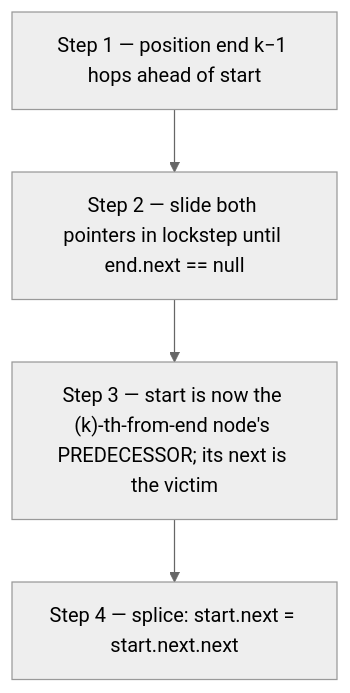
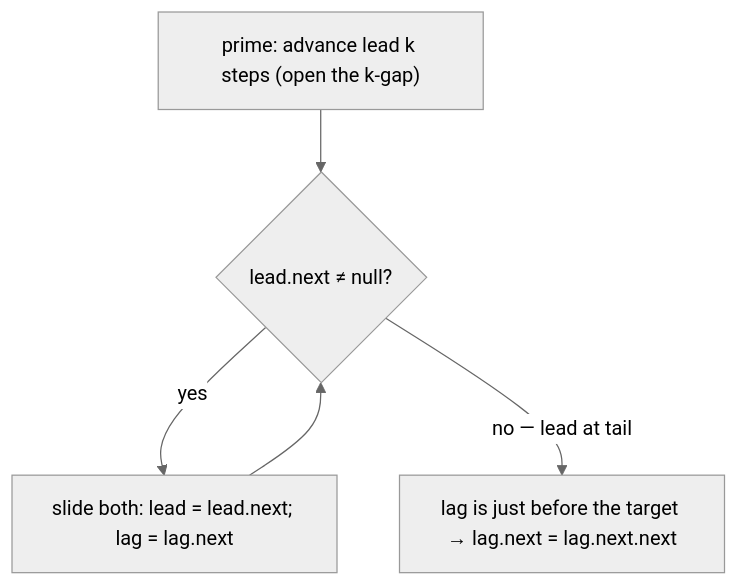
One commit to ani2fun/codefolio changed the diagram in content/cortex/data-structures-and-algorithms/02-linear-structures/03-singly-linked-list/09-pattern-sliding-window-traversal/01-pattern.md. Above: the diagram before and after it, drawn with Mermaid (neutral theme). The commit also changed other lines of this file and 1049 other files, not shown here.

````diff
--- a/content/cortex/data-structures-and-algorithms/02-linear-structures/03-singly-linked-list/09-pattern-sliding-window-traversal/01-pattern.md
+++ b/content/cortex/data-structures-and-algorithms/02-linear-structures/03-singly-linked-list/09-pattern-sliding-window-traversal/01-pattern.md
@@ -377,8 +58,7 @@
 ```mermaid
 flowchart TB
-    S1["Step 1 — position end k−1 hops ahead of start"]
-    S2["Step 2 — slide both pointers in lockstep until end.next == null"]
-    S3["Step 3 — start is now the (k)-th-from-end node's PREDECESSOR; its next is the victim"]
-    S4["Step 4 — splice: start.next = start.next.next"]
-    S1 --> S2 --> S3 --> S4
+  P["prime: advance lead k steps (open the k-gap)"] --> Q{"lead.next ≠ null?"}
+  Q -->|"yes"| S["slide both: lead = lead.next; lag = lag.next"]
+  S --> Q
+  Q -->|"no — lead at tail"| U["lag is just before the target → lag.next = lag.next.next"]
 ```
````
